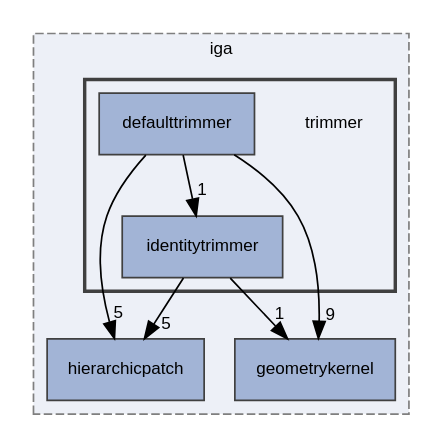
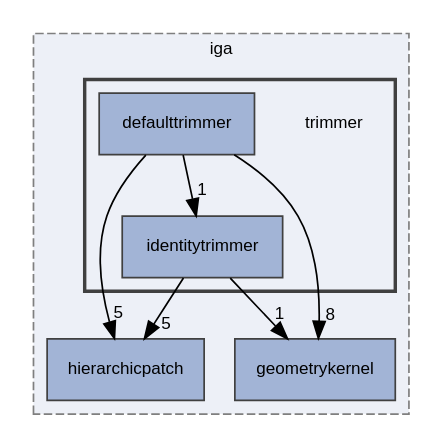
The diagram in dir_7d0c370ab440c4b4f78419bfc8c93eb8_dep.dot (rath3t/dune-iga-doc), drawn with Graphviz before and after one commit. The commit also changed 1693 other files, not shown here.

```diff
--- a/dir_7d0c370ab440c4b4f78419bfc8c93eb8_dep.dot
+++ b/dir_7d0c370ab440c4b4f78419bfc8c93eb8_dep.dot
@@ -1,23 +1,23 @@
 digraph "trimmer"
 {
  // LATEX_PDF_SIZE
   edge [fontname="Helvetica",fontsize="10",labelfontname="Helvetica",labelfontsize="10"];
   node [fontname="Helvetica",fontsize="10",shape=record];
   compound=true
   subgraph clusterdir_d2a3c23294a1b1015b1b8e8721ddded8 {
     graph [ bgcolor="#edf0f7", pencolor="grey50", style="filled,dashed,", label="iga", fontname="Helvetica", fontsize="10", URL="dir_d2a3c23294a1b1015b1b8e8721ddded8.html"]
   dir_12fc9e68aad46ae2d80ba50ef1c96d76 [shape=box, label="hierarchicpatch", style="filled,", fillcolor="#a2b4d6", color="grey25", URL="dir_12fc9e68aad46ae2d80ba50ef1c96d76.html"];
   dir_98571e7345f7327fea7723ec1a12d870 [shape=box, label="geometrykernel", style="filled,", fillcolor="#a2b4d6", color="grey25", URL="dir_98571e7345f7327fea7723ec1a12d870.html"];
   subgraph clusterdir_7d0c370ab440c4b4f78419bfc8c93eb8 {
     graph [ bgcolor="#edf0f7", pencolor="grey25", style="filled,bold,", label="", fontname="Helvetica", fontsize="10", URL="dir_7d0c370ab440c4b4f78419bfc8c93eb8.html"]
     dir_7d0c370ab440c4b4f78419bfc8c93eb8 [shape=plaintext, label="trimmer"];
   dir_265321845ed2650d675b22a94b62262d [shape=box, label="defaulttrimmer", style="filled,", fillcolor="#a2b4d6", color="grey25", URL="dir_265321845ed2650d675b22a94b62262d.html"];
   dir_aa3557bd66a6784b3b9e663253e8d0ba [shape=box, label="identitytrimmer", style="filled,", fillcolor="#a2b4d6", color="grey25", URL="dir_aa3557bd66a6784b3b9e663253e8d0ba.html"];
   }
   }
   dir_265321845ed2650d675b22a94b62262d->dir_12fc9e68aad46ae2d80ba50ef1c96d76 [headlabel="5", labeldistance=1.5 headhref="dir_000001_000007.html"];
-  dir_265321845ed2650d675b22a94b62262d->dir_98571e7345f7327fea7723ec1a12d870 [headlabel="9", labeldistance=1.5 headhref="dir_000001_000006.html"];
+  dir_265321845ed2650d675b22a94b62262d->dir_98571e7345f7327fea7723ec1a12d870 [headlabel="8", labeldistance=1.5 headhref="dir_000001_000006.html"];
   dir_265321845ed2650d675b22a94b62262d->dir_aa3557bd66a6784b3b9e663253e8d0ba [headlabel="1", labeldistance=1.5 headhref="dir_000001_000009.html"];
   dir_aa3557bd66a6784b3b9e663253e8d0ba->dir_12fc9e68aad46ae2d80ba50ef1c96d76 [headlabel="5", labeldistance=1.5 headhref="dir_000009_000007.html"];
   dir_aa3557bd66a6784b3b9e663253e8d0ba->dir_98571e7345f7327fea7723ec1a12d870 [headlabel="1", labeldistance=1.5 headhref="dir_000009_000006.html"];
 }
```
